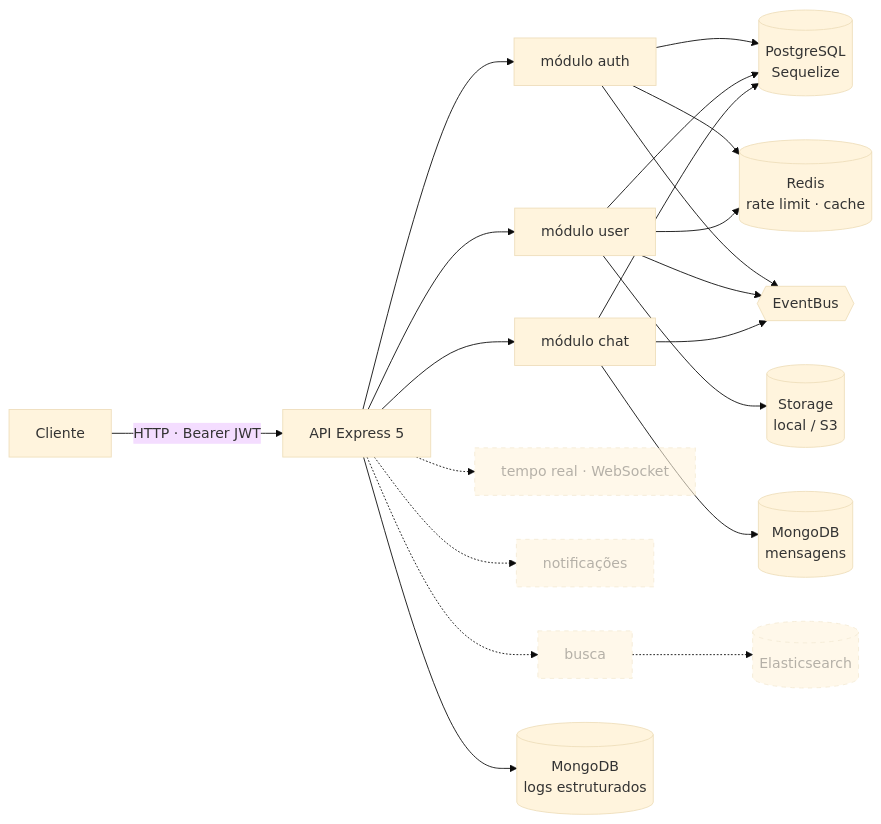
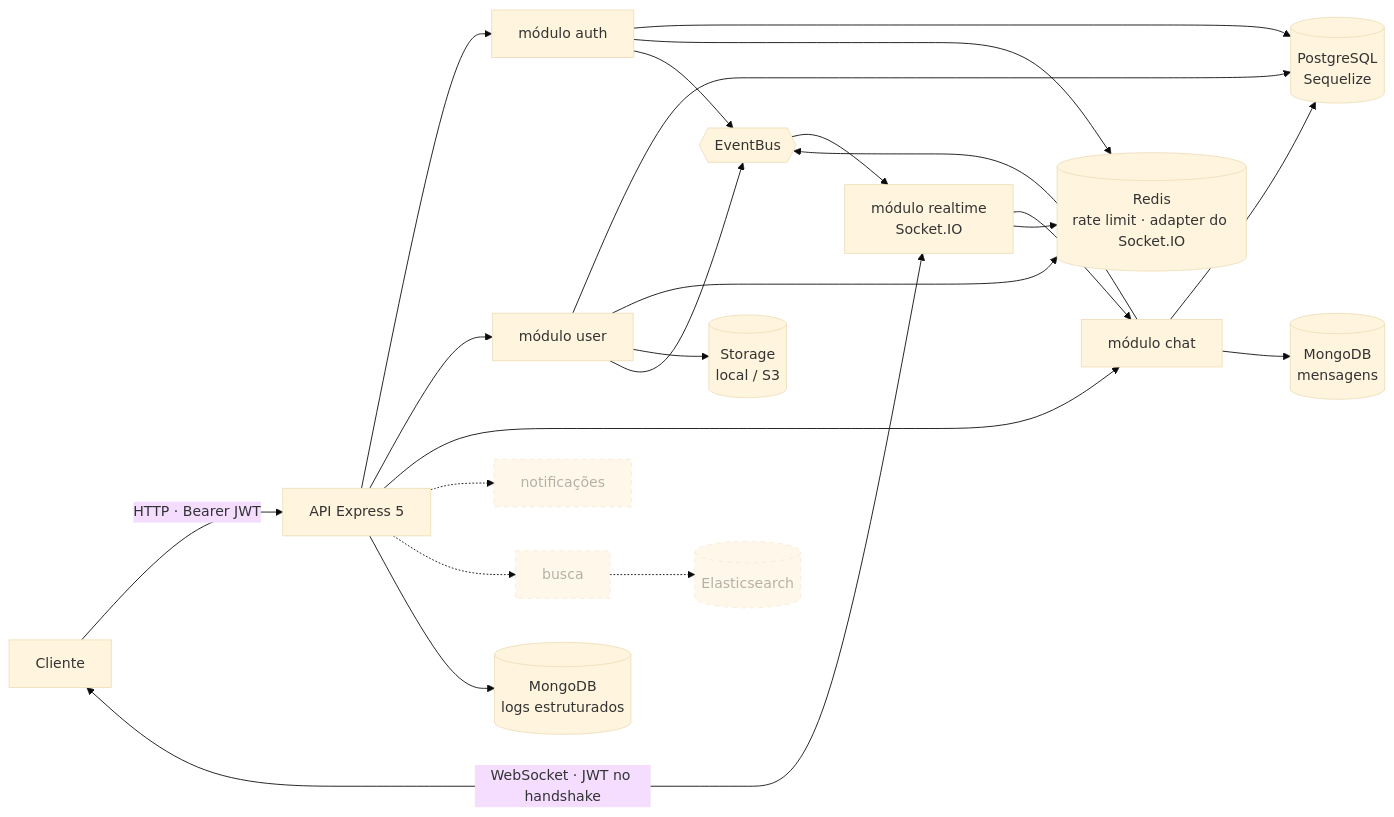
One commit to GabeSilvaDev/realtime-messaging-platform changed the diagram in README.pt-BR.md. Above: the diagram before and after it, drawn with Mermaid (base theme). The commit also changed other lines of this file and 1 other file, not shown here.

Commit message:
📝 docs: documenta o tempo real com Socket.IO, status de mensagens e o cliente demo

````diff
--- a/README.pt-BR.md
+++ b/README.pt-BR.md
@@ -27,20 +27,22 @@
 ```mermaid
 flowchart LR
     C[Cliente] -->|HTTP · Bearer JWT| API[API Express 5]
+    C <-->|WebSocket · JWT no handshake| RT[módulo realtime<br/>Socket.IO]
     API --> AUTH[módulo auth]
     API --> USER[módulo user]
     API --> CHAT[módulo chat]
-    API -.-> RT[tempo real · WebSocket]
+    RT --> CHAT
     API -.-> NOTIF[notificações]
     API -.-> SEARCH[busca]
     AUTH & USER & CHAT --> PG[(PostgreSQL<br/>Sequelize)]
-    AUTH & USER --> RD[(Redis<br/>rate limit · cache)]
+    AUTH & USER & RT --> RD[(Redis<br/>rate limit · adapter do Socket.IO)]
     USER --> ST[(Storage<br/>local / S3)]
     API --> LOG[(MongoDB<br/>logs estruturados)]
     CHAT --> MG[(MongoDB<br/>mensagens)]
     SEARCH -.-> ES[(Elasticsearch)]
     AUTH & USER & CHAT --> EB{{EventBus}}
+    EB --> RT
 
     classDef planned stroke-dasharray: 5 5,opacity:0.6
-    class RT,NOTIF,SEARCH,ES planned
+    class NOTIF,SEARCH,ES planned
 ```
````
